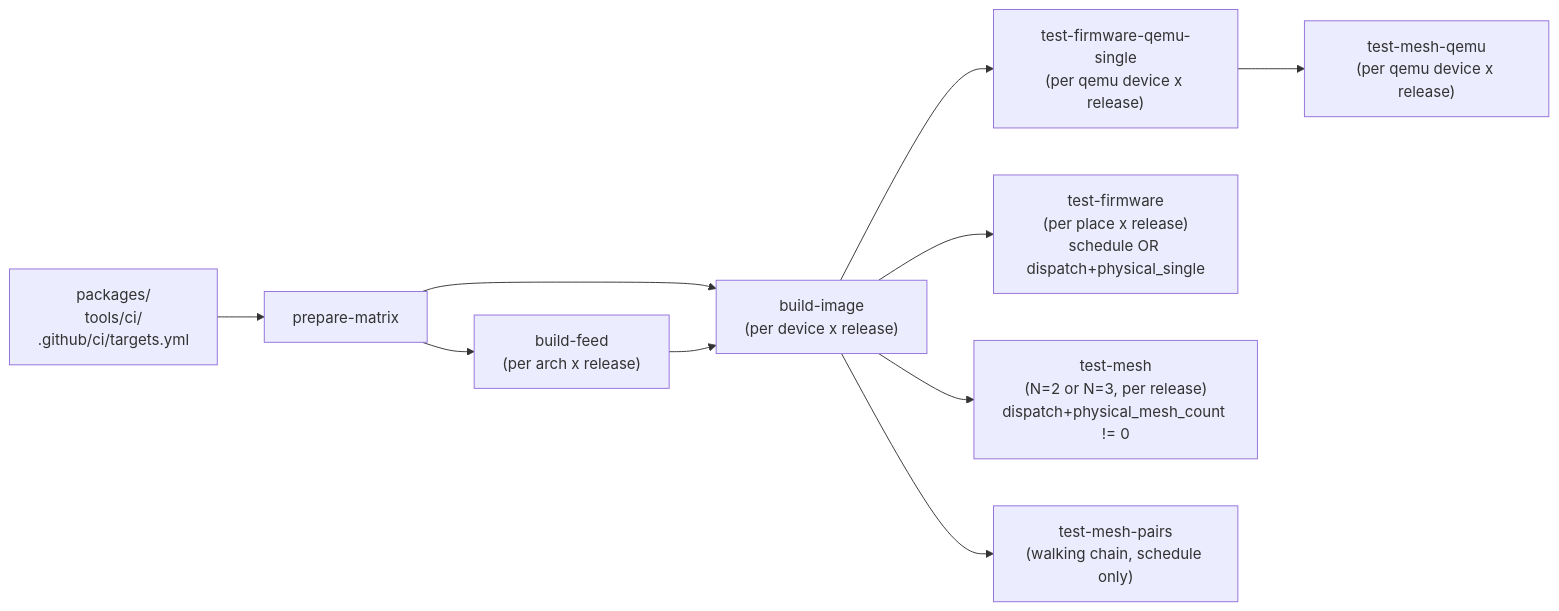
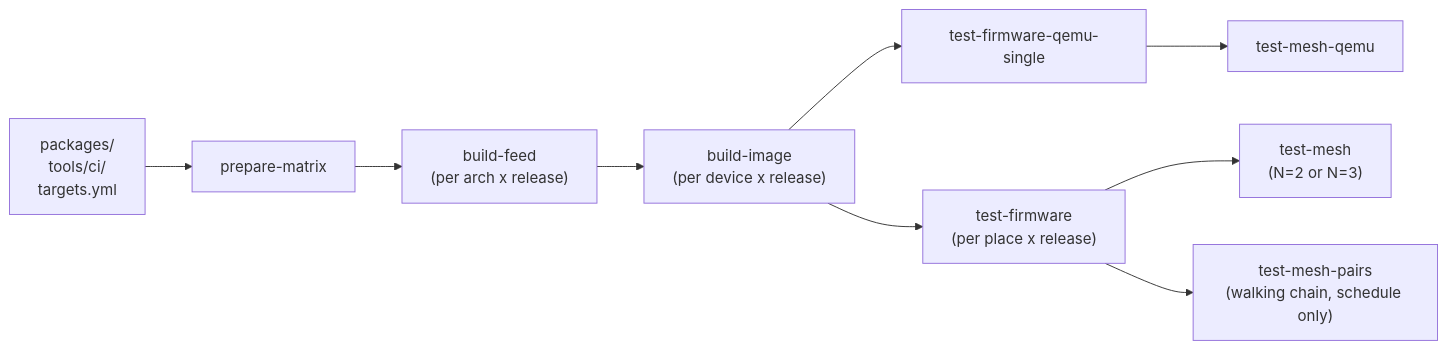
Before and after one commit to libremesh/lime-packages: the first of 4 diagrams in docs/ci/firmware-build.md, drawn with Mermaid. The commit also changed other lines of this file and 1 other file, not shown here.

````diff
--- a/docs/ci/firmware-build.md
+++ b/docs/ci/firmware-build.md
@@ -25,22 +22,19 @@
 ```mermaid
 flowchart LR
-  src["packages/<br/>tools/ci/<br/>.github/ci/targets.yml"]
+  src["packages/<br/>tools/ci/<br/>targets.yml"]
   matrix[prepare-matrix]
   feed["build-feed<br/>(per arch x release)"]
   image["build-image<br/>(per device x release)"]
-  qSingle["test-firmware-qemu-single<br/>(per qemu device x release)"]
-  qMesh["test-mesh-qemu<br/>(per qemu device x release)"]
-  hwTest["test-firmware<br/>(per place x release)<br/>schedule OR dispatch+physical_single"]
-  meshTest["test-mesh<br/>(N=2 or N=3, per release)<br/>dispatch+physical_mesh_count != 0"]
+  qSingle[test-firmware-qemu-single]
+  qMesh[test-mesh-qemu]
+  hwTest["test-firmware<br/>(per place x release)"]
+  meshTest["test-mesh<br/>(N=2 or N=3)"]
   pairs["test-mesh-pairs<br/>(walking chain, schedule only)"]
 
   src --> matrix
-  matrix --> feed
-  matrix --> image
-  feed --> image
-  image --> qSingle
-  qSingle --> qMesh
+  matrix --> feed --> image
+  image --> qSingle --> qMesh
   image --> hwTest
-  image --> meshTest
-  image --> pairs
+  hwTest --> meshTest
+  hwTest --> pairs
 ```
````
